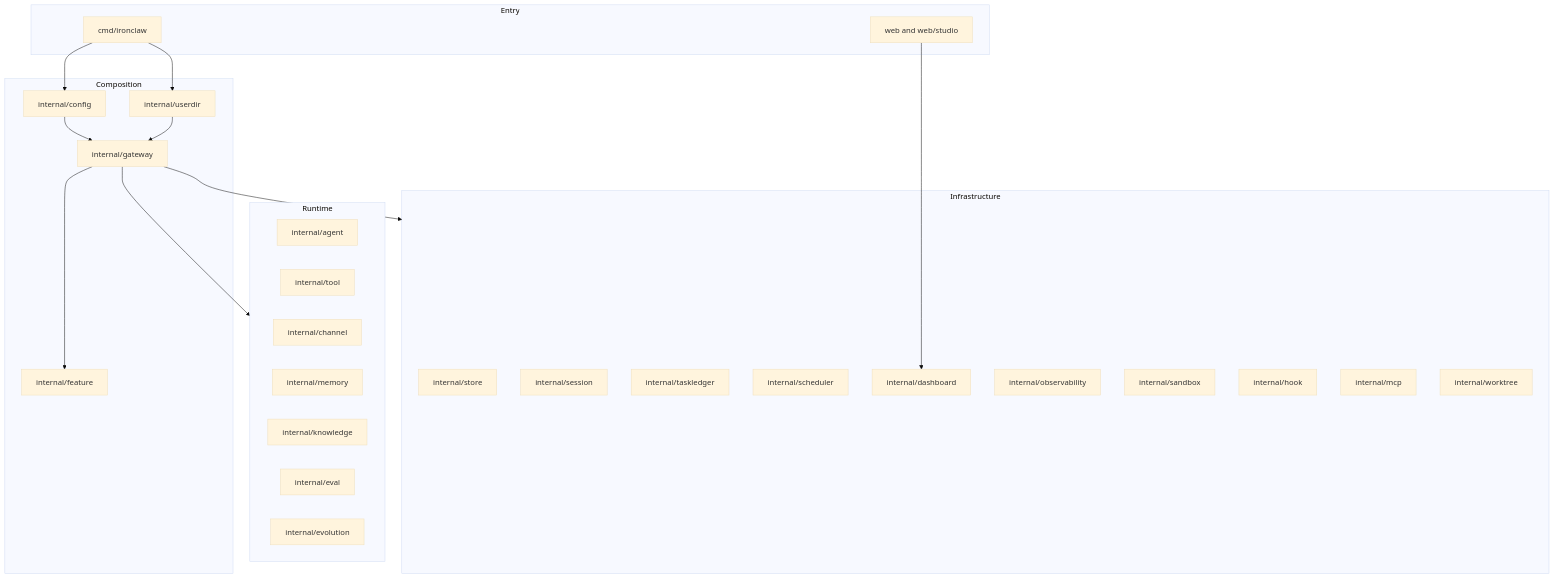
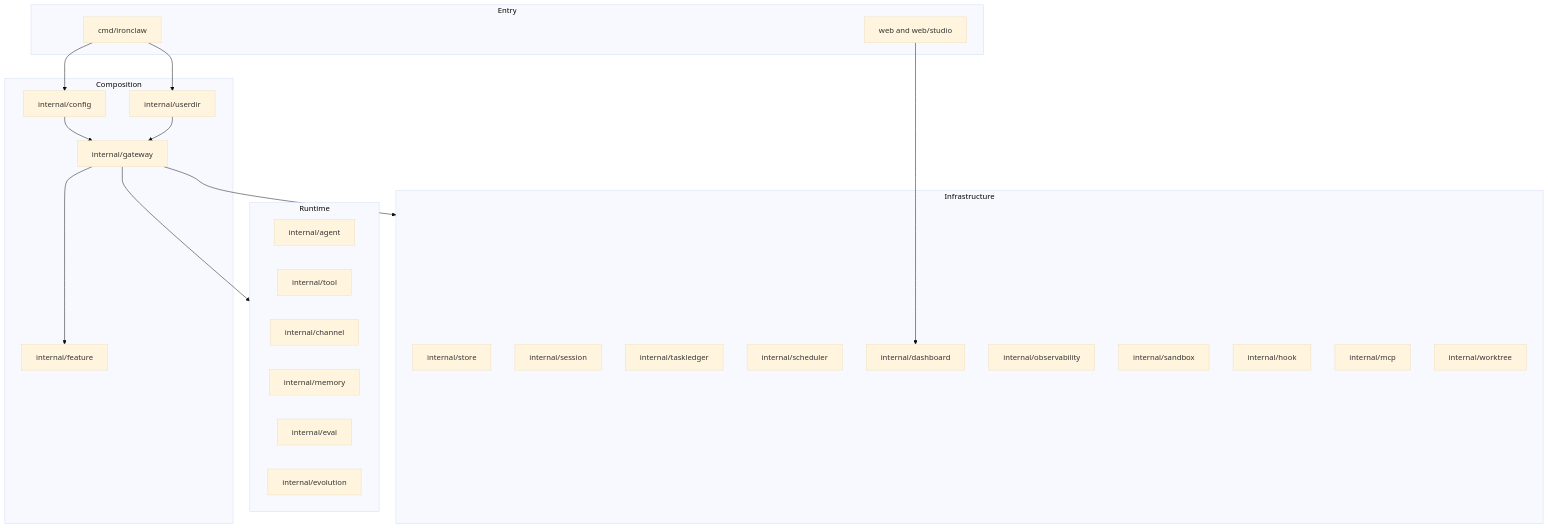
Before and after one commit to Forest-Isle/daimon: the second of 3 diagrams in docs/01-system-architecture.md, drawn with Mermaid (base theme). The commit also changed other lines of this file and 72 other files, not shown here.

First line of the commit message:
refactor: remove Knowledge Base and Knowledge Graph subsystems

````diff
--- a/docs/01-system-architecture.md
+++ b/docs/01-system-architecture.md
@@ -35,44 +35,43 @@
 ```mermaid
 flowchart TB
     subgraph Entry
         CMD[cmd/ironclaw]
         Web[web and web/studio]
     end
 
     subgraph Composition
         Gateway[internal/gateway]
         Feature[internal/feature]
         Config[internal/config]
         UserDir[internal/userdir]
     end
 
     subgraph Runtime
         Agent[internal/agent]
         Tool[internal/tool]
         Channel[internal/channel]
         Memory[internal/memory]
-        Knowledge[internal/knowledge]
         Eval[internal/eval]
         Evolution[internal/evolution]
     end
 
     subgraph Infrastructure
         Store[internal/store]
         Session[internal/session]
         TaskLedger[internal/taskledger]
         Scheduler[internal/scheduler]
         Dashboard[internal/dashboard]
         Observability[internal/observability]
         Sandbox[internal/sandbox]
         Hook[internal/hook]
         MCP[internal/mcp]
         Worktree[internal/worktree]
     end
 
     CMD --> Config --> Gateway
     CMD --> UserDir --> Gateway
     Gateway --> Feature
     Gateway --> Runtime
     Gateway --> Infrastructure
     Web --> Dashboard
 ```
````
